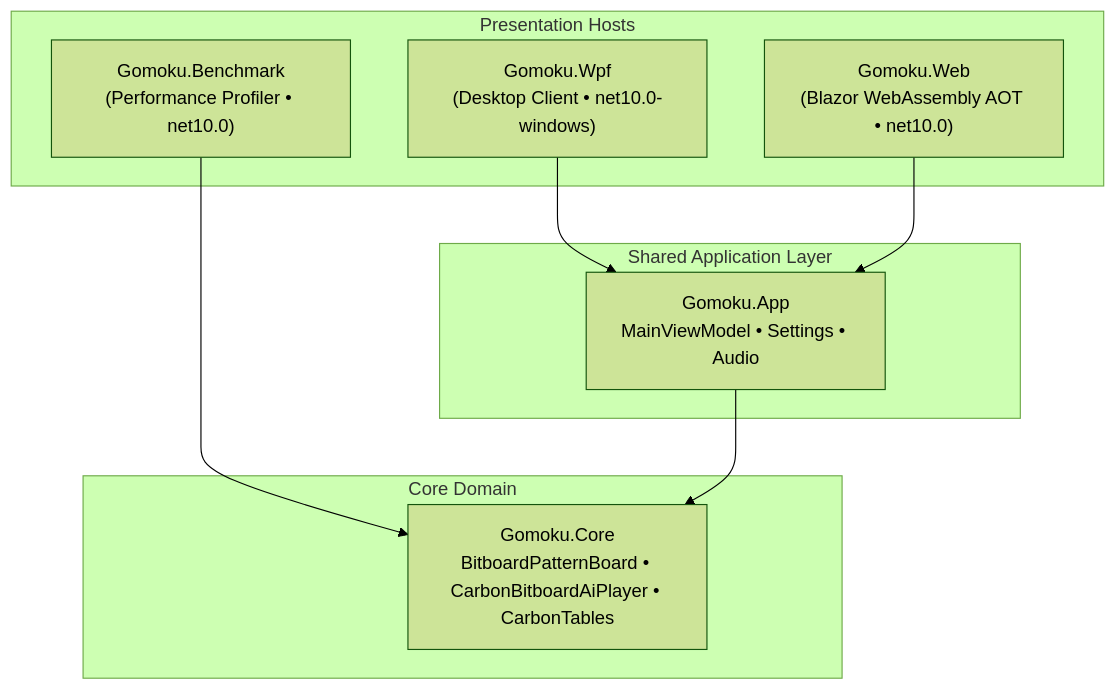
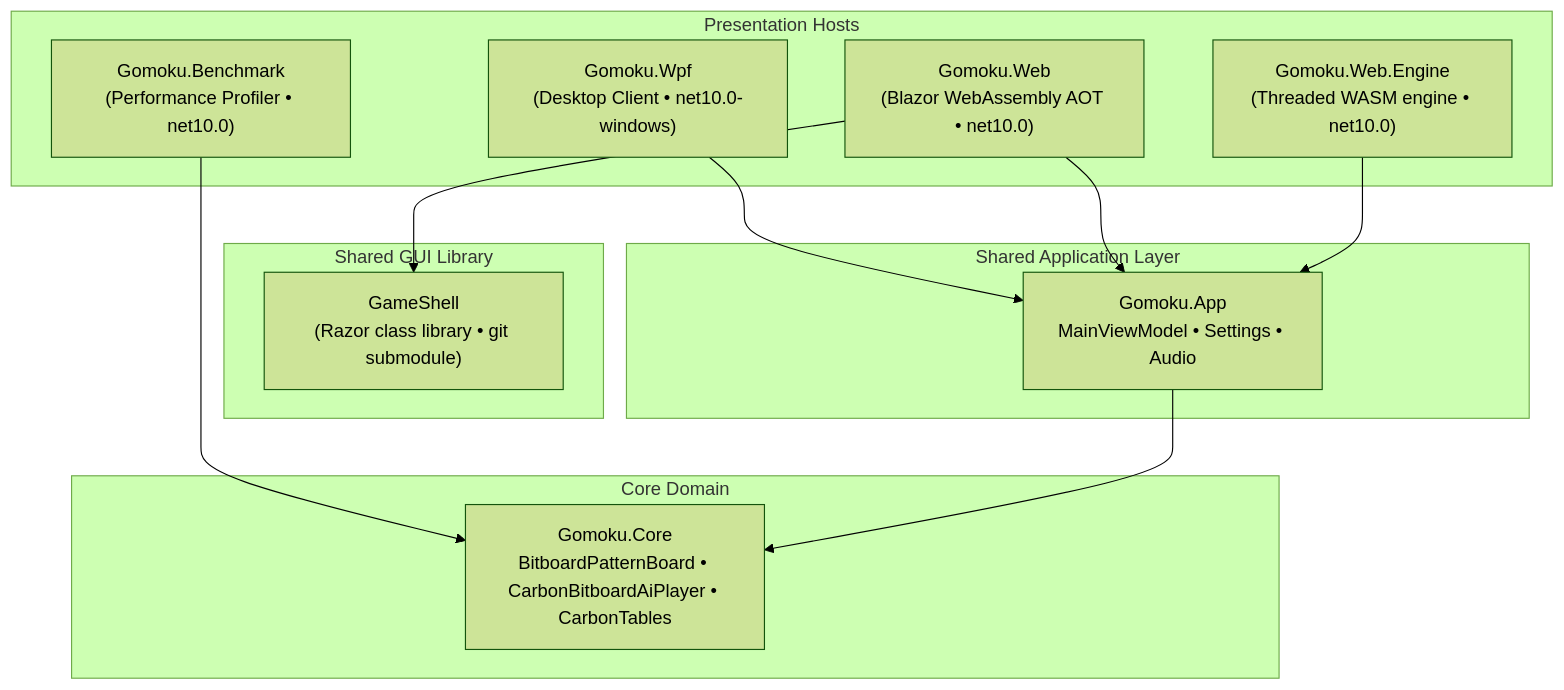
One commit to cjp-dev/Gomoku changed the second of 2 diagrams in docs/brain/README.md. Above: the diagram before and after it, drawn with Mermaid (forest theme). The commit also changed other lines of this file and 26 other files, not shown here.

First line of the commit message:
Refresh docs for the GameShell GUI and recent fixes

````diff
--- a/docs/brain/README.md
+++ b/docs/brain/README.md
@@ -49,21 +49,28 @@
 ```mermaid
 graph TD
     subgraph Presentation Hosts
         WPF["Gomoku.Wpf<br/>(Desktop Client • net10.0-windows)"]
         WEB["Gomoku.Web<br/>(Blazor WebAssembly AOT • net10.0)"]
+        ENG["Gomoku.Web.Engine<br/>(Threaded WASM engine • net10.0)"]
         CLI["Gomoku.Benchmark<br/>(Performance Profiler • net10.0)"]
+    end
+
+    subgraph Shared GUI Library
+        SHELL["GameShell<br/>(Razor class library • git submodule)"]
     end
 
     subgraph Shared Application Layer
         APP["Gomoku.App<br/>MainViewModel • Settings • Audio"]
     end
 
     subgraph Core Domain
         CORE["Gomoku.Core<br/>BitboardPatternBoard • CarbonBitboardAiPlayer • CarbonTables"]
     end
 
     WPF --> APP
     WEB --> APP
+    WEB --> SHELL
+    ENG --> APP
     CLI --> CORE
     APP --> CORE
 ```
````
